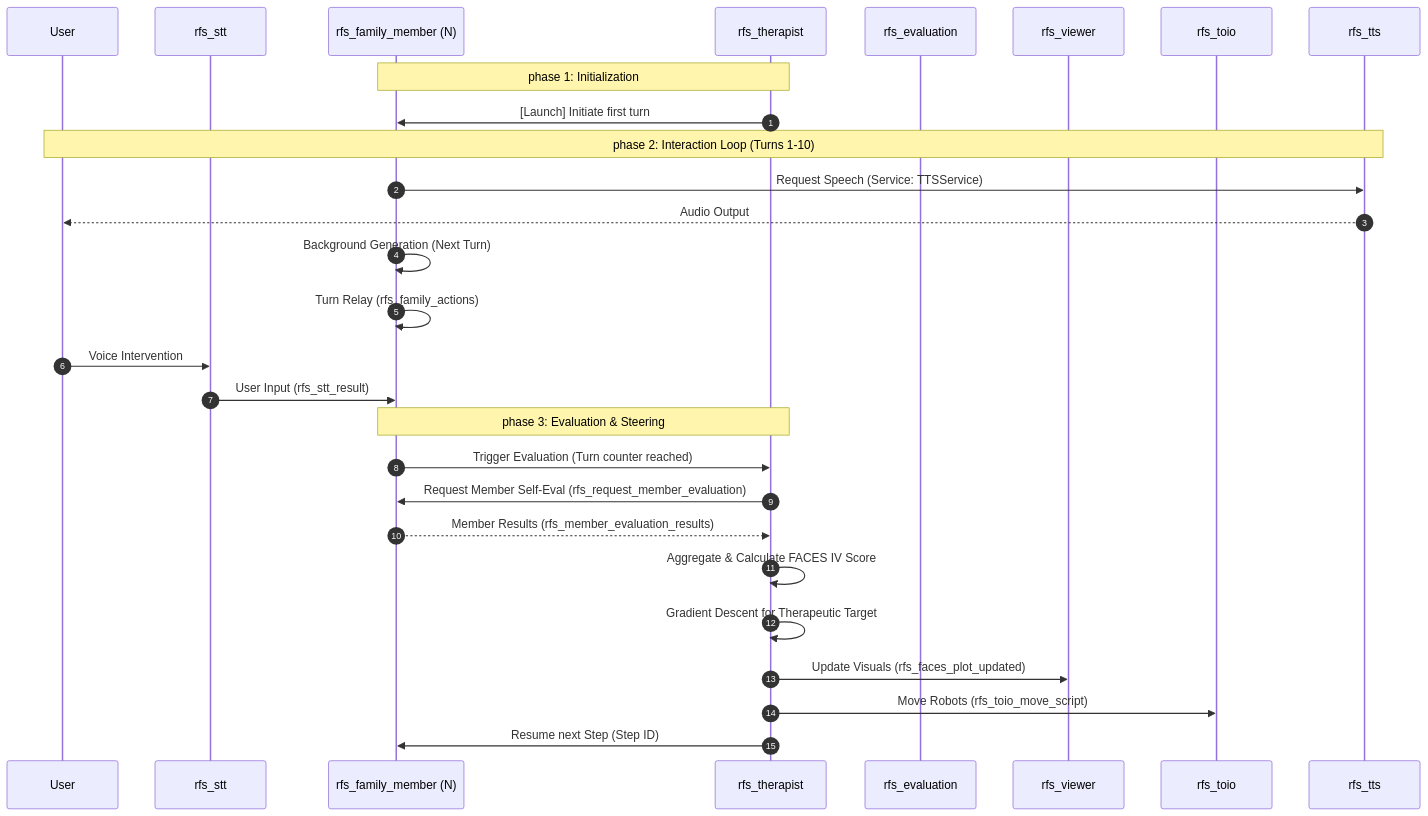
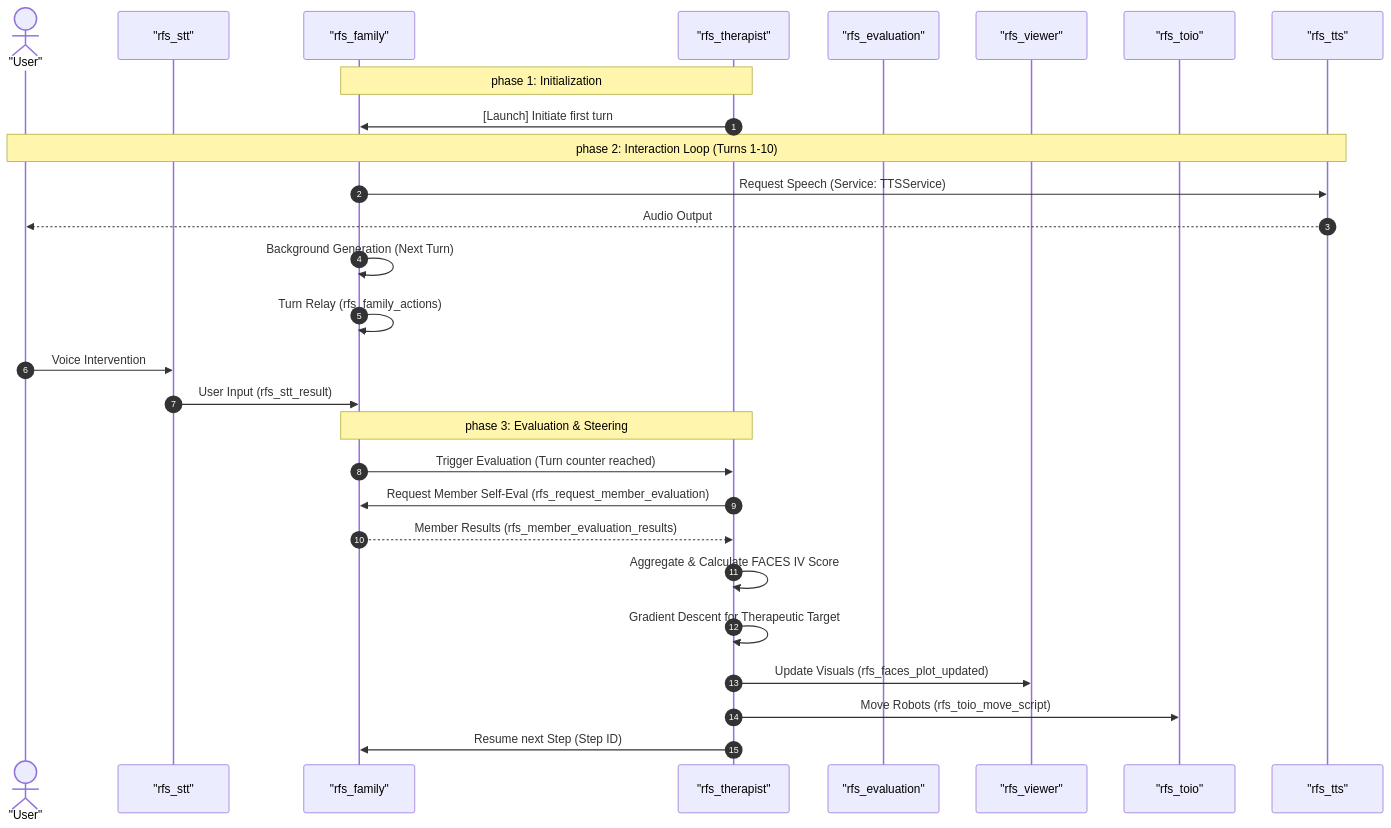
One commit to robotaichi/rfs changed the diagram in README.md. Above: the diagram before and after it, drawn with Mermaid.

Commit message:
Final attempt at color-coding sequence diagram with high-visibility styles

````diff
--- a/README.md
+++ b/README.md
@@ -18,35 +18,35 @@
 ```mermaid
 sequenceDiagram
     autonumber
     
-    %% Participant Definitions with Vibrant, High-Contrast Colors
-    participant User as User #F5F5F5
-    participant STT as rfs_stt #81D4FA
-    participant Fam as rfs_family_member (N) #A5D6A7
-    participant Ther as rfs_therapist #FFEB3B
-    participant Eval as rfs_evaluation #E1BEE7
-    participant Plot as rfs_viewer #E1BEE7
-    participant Toio as rfs_toio #80DEEA
-    participant TTS as rfs_tts #81D4FA
+    %% Participant Definitions with Primary, High-Contrast Colors
+    actor User as "User" #white
+    participant STT as "rfs_stt" #skyblue
+    participant Fam as "rfs_family" #lightgreen
+    participant Ther as "rfs_therapist" #yellow
+    participant Eval as "rfs_evaluation" #plum
+    participant Plot as "rfs_viewer" #plum
+    participant Toio as "rfs_toio" #cyan
+    participant TTS as "rfs_tts" #skyblue
 
     Note over Ther, Fam: phase 1: Initialization
     Ther->>Fam: [Launch] Initiate first turn
     
     Note over User, TTS: phase 2: Interaction Loop (Turns 1-10)
     Fam->>TTS: Request Speech (Service: TTSService)
     TTS-->>User: Audio Output
     Fam->>Fam: Background Generation (Next Turn)
     Fam->>Fam: Turn Relay (rfs_family_actions)
     User->>STT: Voice Intervention
     STT->>Fam: User Input (rfs_stt_result)
     
     Note over Fam, Ther: phase 3: Evaluation & Steering
     Fam->>Ther: Trigger Evaluation (Turn counter reached)
     Ther->>Fam: Request Member Self-Eval (rfs_request_member_evaluation)
     Fam-->>Ther: Member Results (rfs_member_evaluation_results)
     Ther->>Ther: Aggregate & Calculate FACES IV Score
     Ther->>Ther: Gradient Descent for Therapeutic Target
     Ther->>Plot: Update Visuals (rfs_faces_plot_updated)
     Ther->>Toio: Move Robots (rfs_toio_move_script)
     Ther->>Fam: Resume next Step (Step ID)
 ```
````
